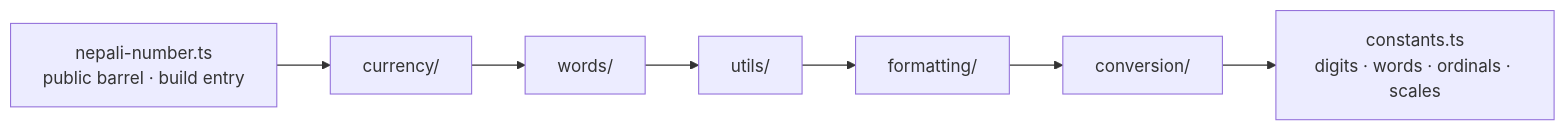
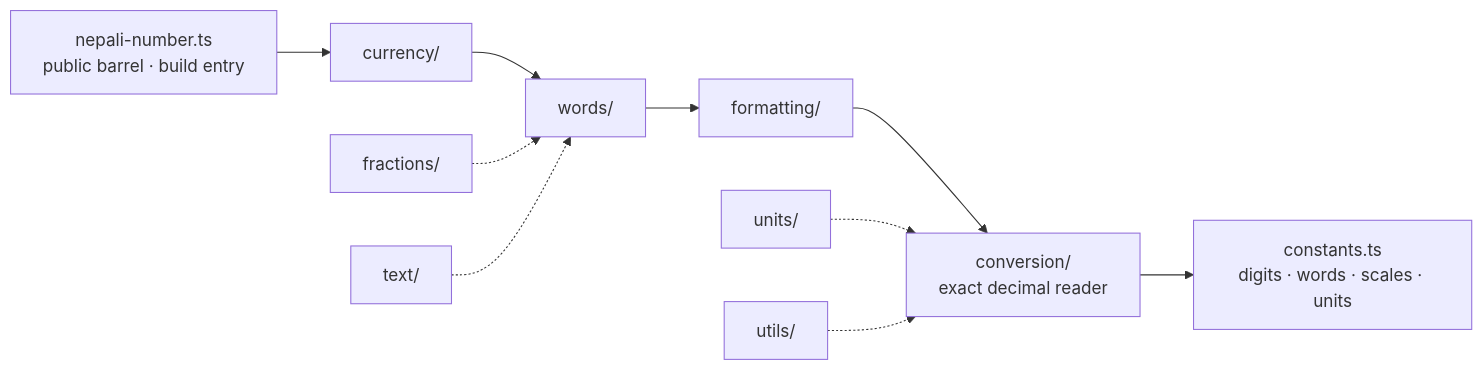
One commit to nepal-dev-com/docs.nepal-dev.com changed the diagram in content/nepali-number/maintainer-guide/architecture/system.mdx. Above: the diagram before and after it, drawn with Mermaid. The commit also changed other lines of this file and 29 other files, not shown here.

````diff
--- a/content/nepali-number/maintainer-guide/architecture/system.mdx
+++ b/content/nepali-number/maintainer-guide/architecture/system.mdx
@@ -40,17 +44,23 @@
 ```mermaid
 flowchart LR
   barrel["nepali-number.ts<br/>public barrel · build entry"]
   currency["currency/"]
+  fractions["fractions/"]
+  text["text/"]
+  units["units/"]
   words["words/"]
+  formatting["formatting/"]
   utils["utils/"]
-  formatting["formatting/"]
-  conversion["conversion/"]
-  constants["constants.ts<br/>digits · words · ordinals · scales"]
+  conversion["conversion/<br/>exact decimal reader"]
+  constants["constants.ts<br/>digits · words · scales · units"]
 
   barrel --> currency
   currency --> words
-  words --> utils
-  utils --> formatting
+  words --> formatting
   formatting --> conversion
   conversion --> constants
+  fractions -.-> words
+  text -.-> words
+  units -.-> conversion
+  utils -.-> conversion
 ```
````
